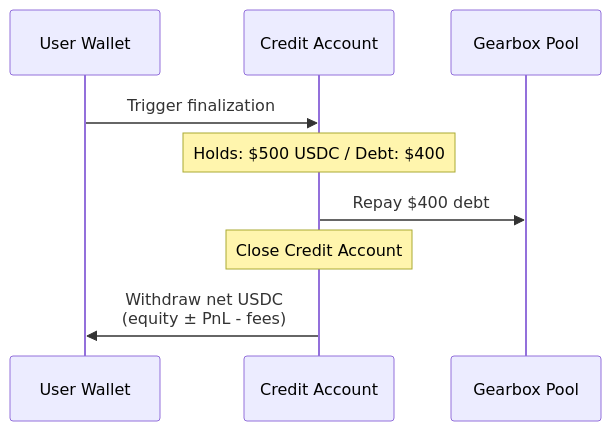
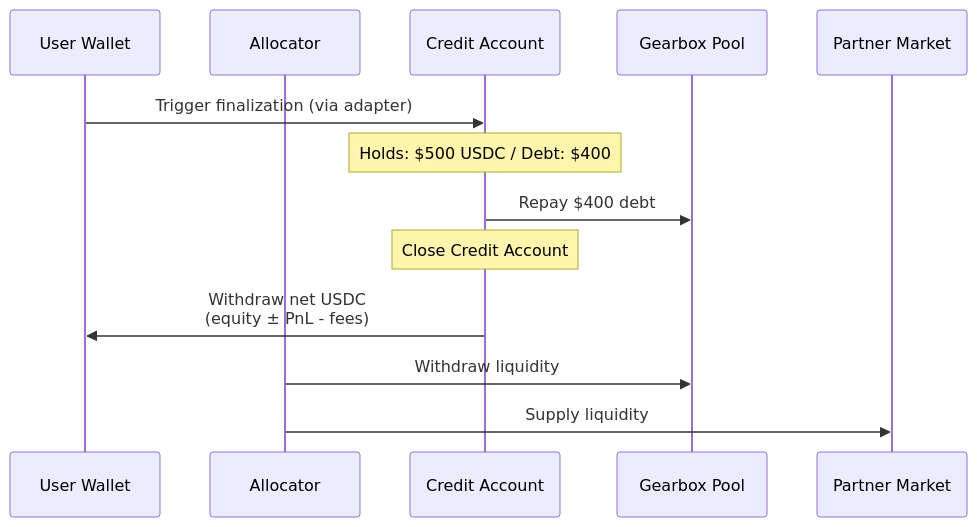
One commit to Gearbox-protocol/docs-knowledge changed the ninth of 10 diagrams in reference/usecase-faster-rwa-settlement-with-leverage.md. Above: the diagram before and after it, drawn with Mermaid. The commit also changed other lines of this file, not shown here.

First line of the commit message:
docs: contract-level consistency pass — Phase 2+4 diagrams

````diff
--- a/reference/usecase-faster-rwa-settlement-with-leverage.md
+++ b/reference/usecase-faster-rwa-settlement-with-leverage.md
@@ -336,12 +338,16 @@
 ```mermaid
 sequenceDiagram
     participant W as User Wallet
+    participant A as Allocator
     participant CA as Credit Account
     participant GP as Gearbox Pool
+    participant PM as Partner Market
 
-    W->>CA: Trigger finalization
+    W->>CA: Trigger finalization (via adapter)
     Note over CA: Holds: $500 USDC / Debt: $400
     CA->>GP: Repay $400 debt
     Note over CA: Close Credit Account
     CA->>W: Withdraw net USDC<br/>(equity ± PnL - fees)
+    A->>GP: Withdraw liquidity
+    A->>PM: Supply liquidity
 ```
````
